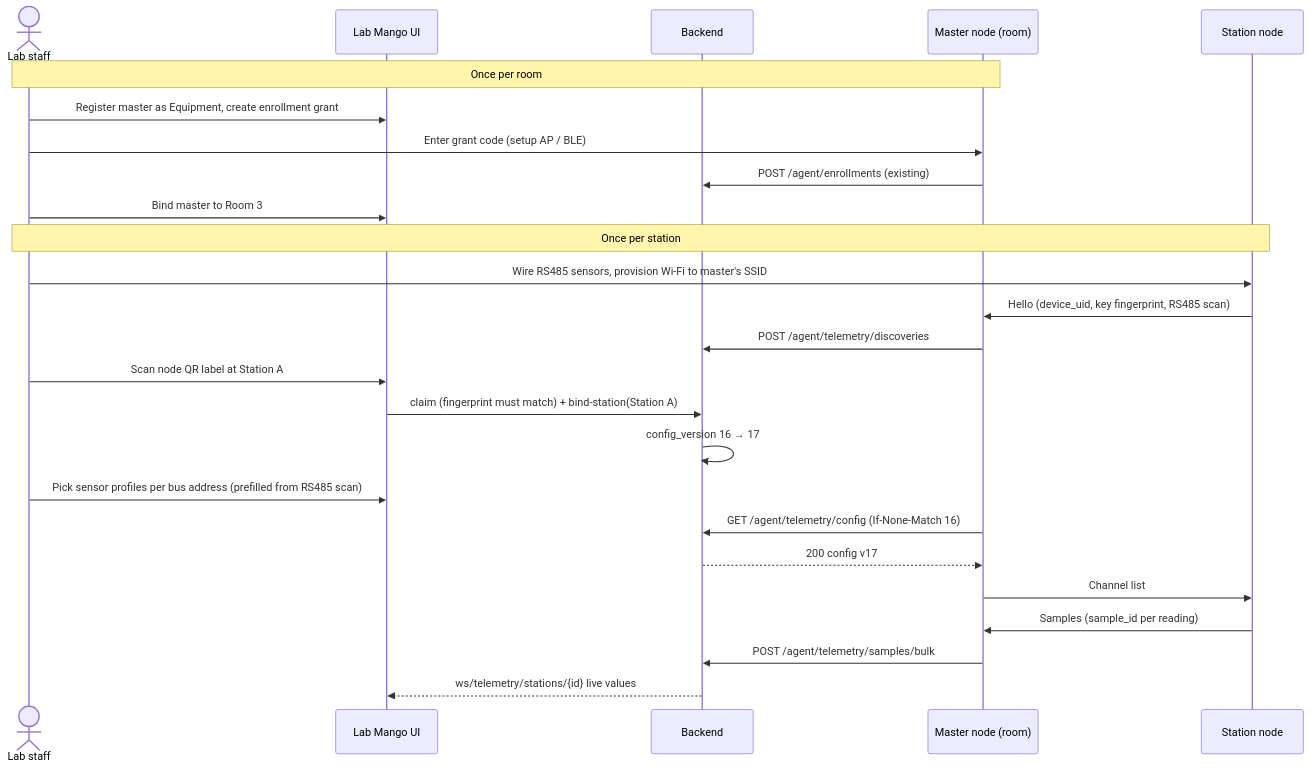
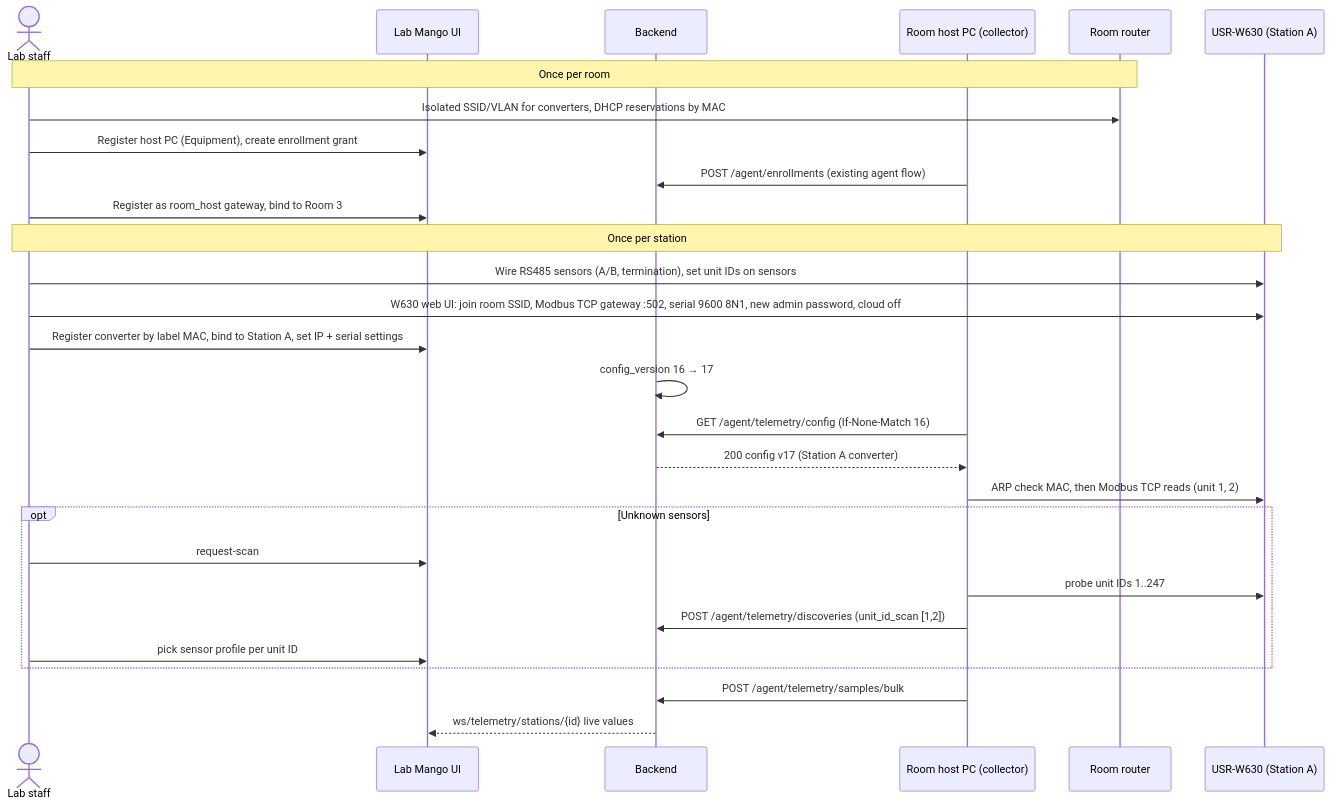
One commit to angustino88/lab-mango changed the fifth of 5 diagrams in docs/proposals/environment-telemetry.md. Above: the diagram before and after it, drawn with Mermaid. The commit also changed other lines of this file, not shown here.

First line of the commit message:
docs: redesign environment telemetry around USR-W630 converters and room host PC

````diff
--- a/docs/proposals/environment-telemetry.md
+++ b/docs/proposals/environment-telemetry.md
@@ -431,27 +486,30 @@
 ```mermaid
 sequenceDiagram
   actor Tech as Lab staff
   participant UI as Lab Mango UI
   participant API as Backend
-  participant M as Master node (room)
-  participant N as Station node
-  Note over Tech,M: Once per room
-  Tech->>UI: Register master as Equipment, create enrollment grant
-  Tech->>M: Enter grant code (setup AP / BLE)
-  M->>API: POST /agent/enrollments (existing)
-  Tech->>UI: Bind master to Room 3
-  Note over Tech,N: Once per station
-  Tech->>N: Wire RS485 sensors, provision Wi-Fi to master's SSID
-  N->>M: Hello (device_uid, key fingerprint, RS485 scan)
-  M->>API: POST /agent/telemetry/discoveries
-  Tech->>UI: Scan node QR label at Station A
-  UI->>API: claim (fingerprint must match) + bind-station(Station A)
+  participant H as Room host PC (collector)
+  participant R as Room router
+  participant W as USR-W630 (Station A)
+  Note over Tech,R: Once per room
+  Tech->>R: Isolated SSID/VLAN for converters, DHCP reservations by MAC
+  Tech->>UI: Register host PC (Equipment), create enrollment grant
+  H->>API: POST /agent/enrollments (existing agent flow)
+  Tech->>UI: Register as room_host gateway, bind to Room 3
+  Note over Tech,W: Once per station
+  Tech->>W: Wire RS485 sensors (A/B, termination), set unit IDs on sensors
+  Tech->>W: W630 web UI: join room SSID, Modbus TCP gateway :502, serial 9600 8N1, new admin password, cloud off
+  Tech->>UI: Register converter by label MAC, bind to Station A, set IP + serial settings
   API->>API: config_version 16 → 17
-  Tech->>UI: Pick sensor profiles per bus address (prefilled from RS485 scan)
-  M->>API: GET /agent/telemetry/config (If-None-Match 16)
-  API-->>M: 200 config v17
-  M->>N: Channel list
-  N->>M: Samples (sample_id per reading)
-  M->>API: POST /agent/telemetry/samples/bulk
+  H->>API: GET /agent/telemetry/config (If-None-Match 16)
+  API-->>H: 200 config v17 (Station A converter)
+  H->>W: ARP check MAC, then Modbus TCP reads (unit 1, 2)
+  opt Unknown sensors
+    Tech->>UI: request-scan
+    H->>W: probe unit IDs 1..247
+    H->>API: POST /agent/telemetry/discoveries (unit_id_scan [1,2])
+    Tech->>UI: pick sensor profile per unit ID
+  end
+  H->>API: POST /agent/telemetry/samples/bulk
   API-->>UI: ws/telemetry/stations/{id} live values
 ```
````
